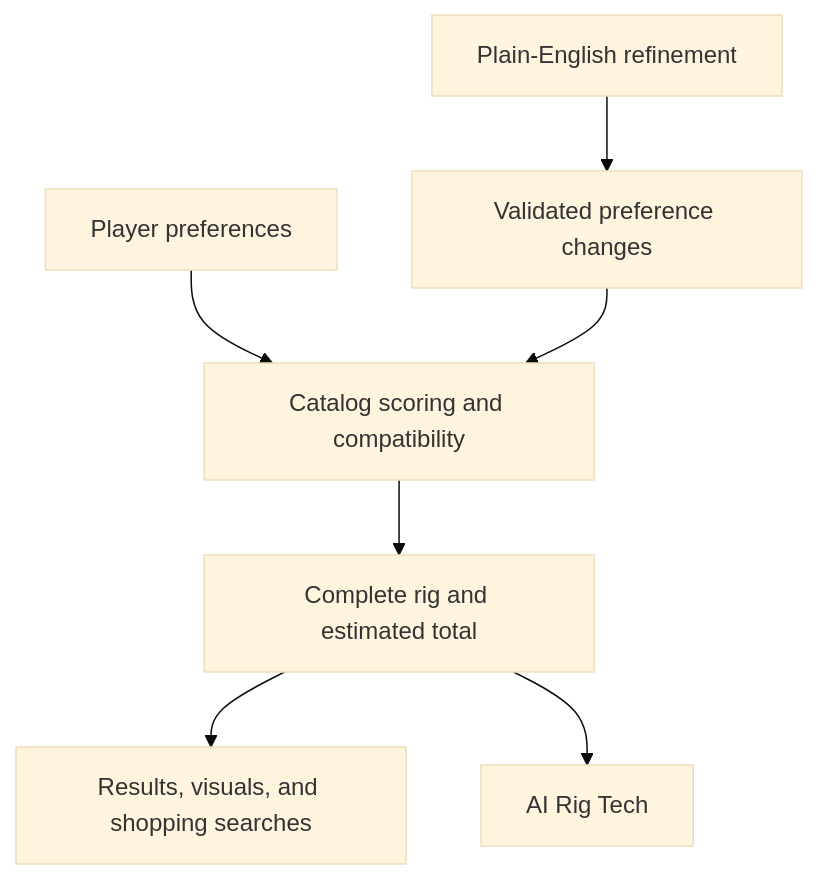
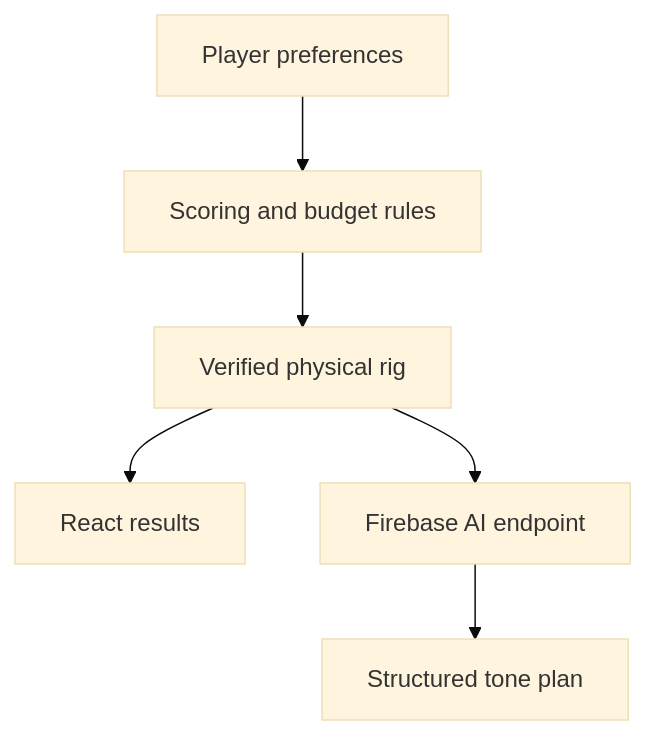
One commit to ChristianBarajas/brutal-rig changed the diagram in README.md. Above: the diagram before and after it, drawn with Mermaid (base theme). The commit also changed other lines of this file and 75 other files, not shown here.

````diff
--- a/README.md
+++ b/README.md
@@ -40,9 +49,8 @@
 ```mermaid
 flowchart TD
-    A["Player preferences"] --> B["Catalog scoring and compatibility"]
-    B --> C["Complete rig and estimated total"]
-    C --> D["Results, visuals, and shopping searches"]
-    C --> E["AI Rig Tech"]
-    F["Plain-English refinement"] --> G["Validated preference changes"]
-    G --> B
+    A[Player preferences] --> B[Scoring and budget rules]
+    B --> C[Verified physical rig]
+    C --> D[React results]
+    C --> E[Firebase AI endpoint]
+    E --> F[Structured tone plan]
 ```
````
